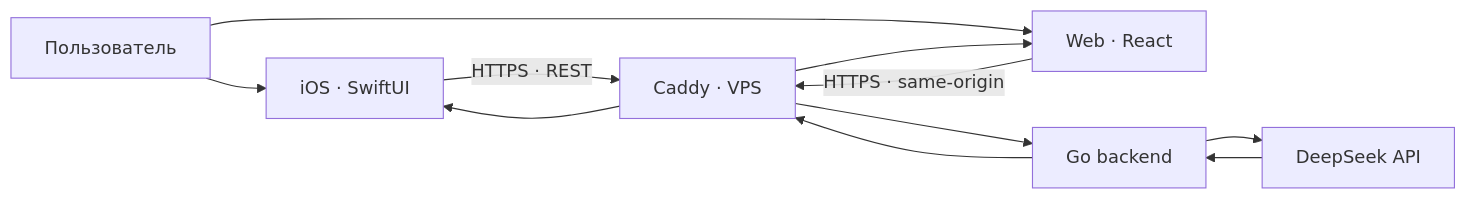
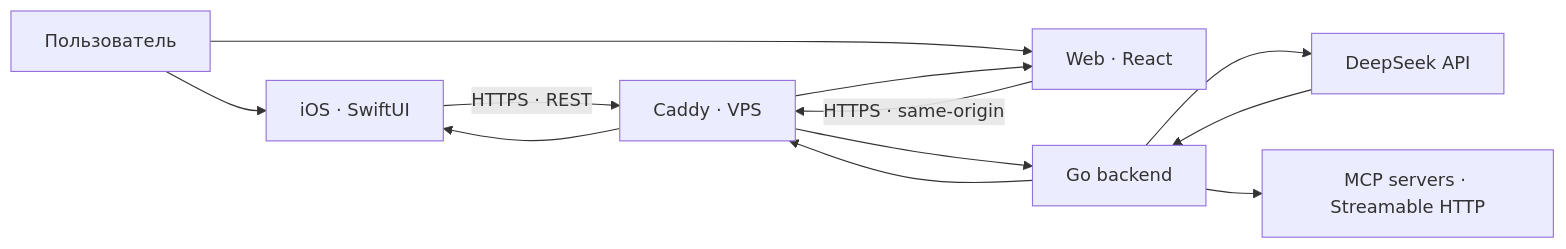
Before and after one commit to eugeneappledev-source/AI-Challenge: the diagram in README.md, drawn with Mermaid. The commit also changed other lines of this file and 16 other files, not shown here.

````diff
--- a/README.md
+++ b/README.md
@@ -58,13 +59,14 @@
 ```mermaid
 flowchart LR
     User["Пользователь"] --> App["iOS · SwiftUI"]
     User --> Web["Web · React"]
     App -->|"HTTPS · REST"| Gateway["Caddy · VPS"]
     Web -->|"HTTPS · same-origin"| Gateway
     Gateway --> API["Go backend"]
     API --> LLM["DeepSeek API"]
+    API --> MCP["MCP servers · Streamable HTTP"]
     LLM --> API
     API --> Gateway
     Gateway --> App
     Gateway --> Web
 ```
````
